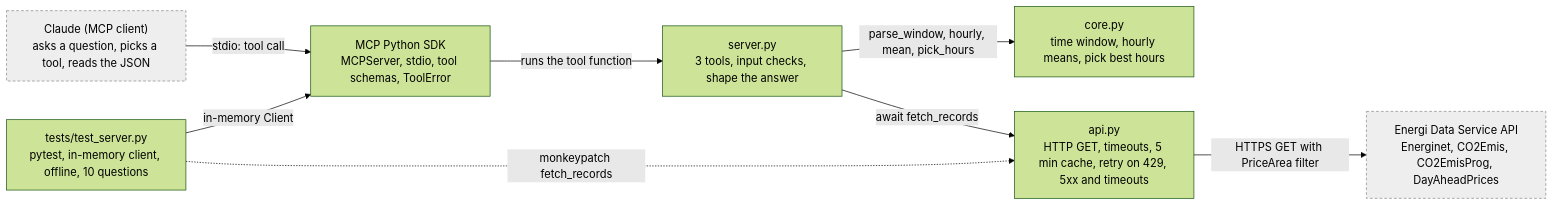
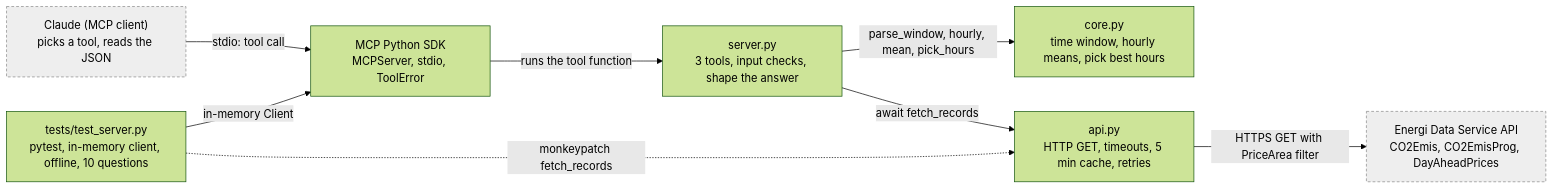
Before and after one commit to batutho-dot/energidata-mcp: the first of 2 diagrams in docs/architecture.md, drawn with Mermaid (forest theme). The commit also changed other lines of this file and 2 other files, not shown here.

````diff
--- a/docs/architecture.md
+++ b/docs/architecture.md
@@ -12,21 +9,21 @@
 ```mermaid
 flowchart LR
-    client["Claude (MCP client)<br/>asks a question, picks a tool, reads the JSON"]
-    sdk["MCP Python SDK<br/>MCPServer, stdio, tool schemas, ToolError"]
+    client["Claude (MCP client)<br/>picks a tool, reads the JSON"]
+    sdk["MCP Python SDK<br/>MCPServer, stdio, ToolError"]
     server["server.py<br/>3 tools, input checks, shape the answer"]
     core["core.py<br/>time window, hourly means, pick best hours"]
-    api["api.py<br/>HTTP GET, timeouts, 5 min cache, retry on 429, 5xx and timeouts"]
-    ext["Energi Data Service API<br/>Energinet, CO2Emis, CO2EmisProg, DayAheadPrices"]
+    api["api.py<br/>HTTP GET, timeouts, 5 min cache, retries"]
+    ext["Energi Data Service API<br/>CO2Emis, CO2EmisProg, DayAheadPrices"]
     tests["tests/test_server.py<br/>pytest, in-memory client, offline, 10 questions"]
 
     client -->|"stdio: tool call"| sdk
     sdk -->|"runs the tool function"| server
     server -->|"parse_window, hourly, mean, pick_hours"| core
     server -->|"await fetch_records"| api
     api -->|"HTTPS GET with PriceArea filter"| ext
     tests -->|"in-memory Client"| sdk
     tests -.->|"monkeypatch fetch_records"| api
 
     classDef outside fill:#eee,stroke:#888,stroke-dasharray: 4 3
     class client,ext outside
 ```
````
